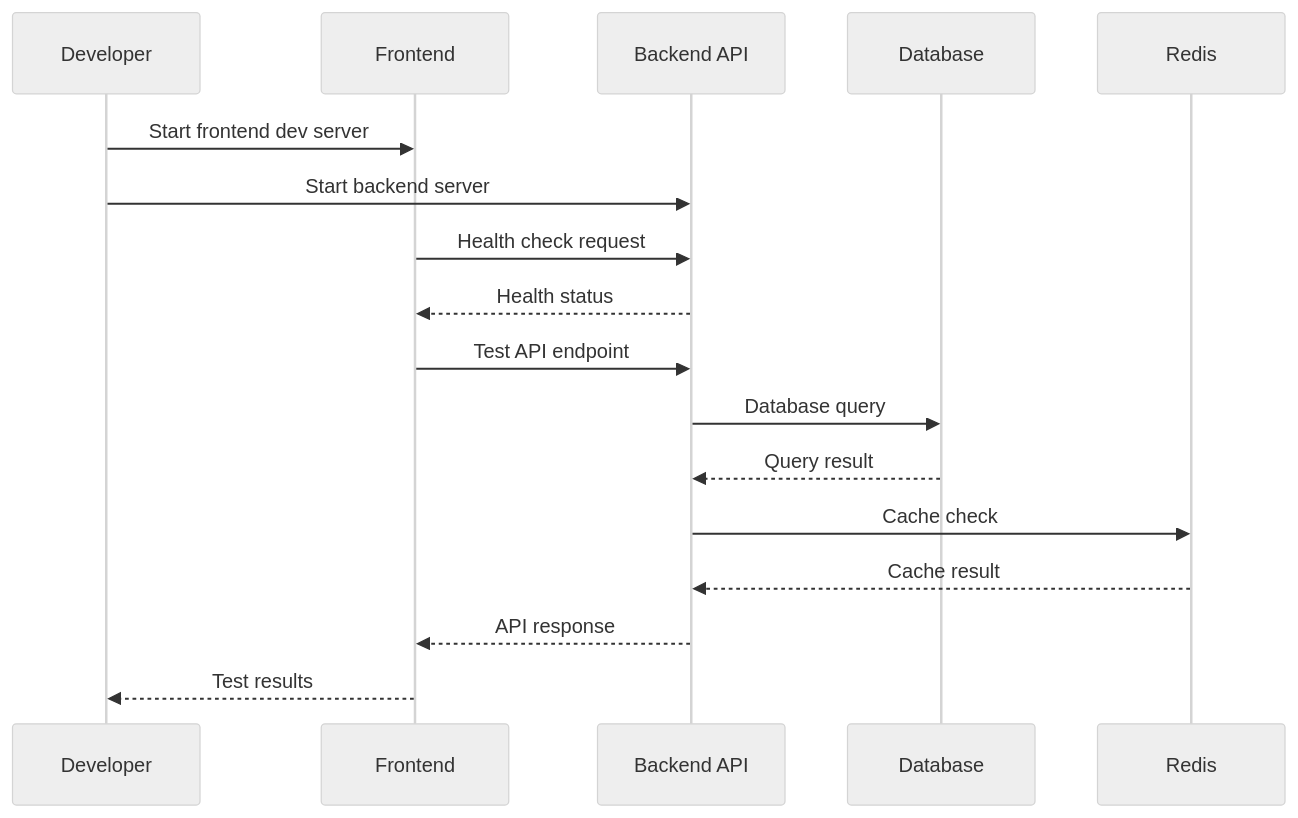
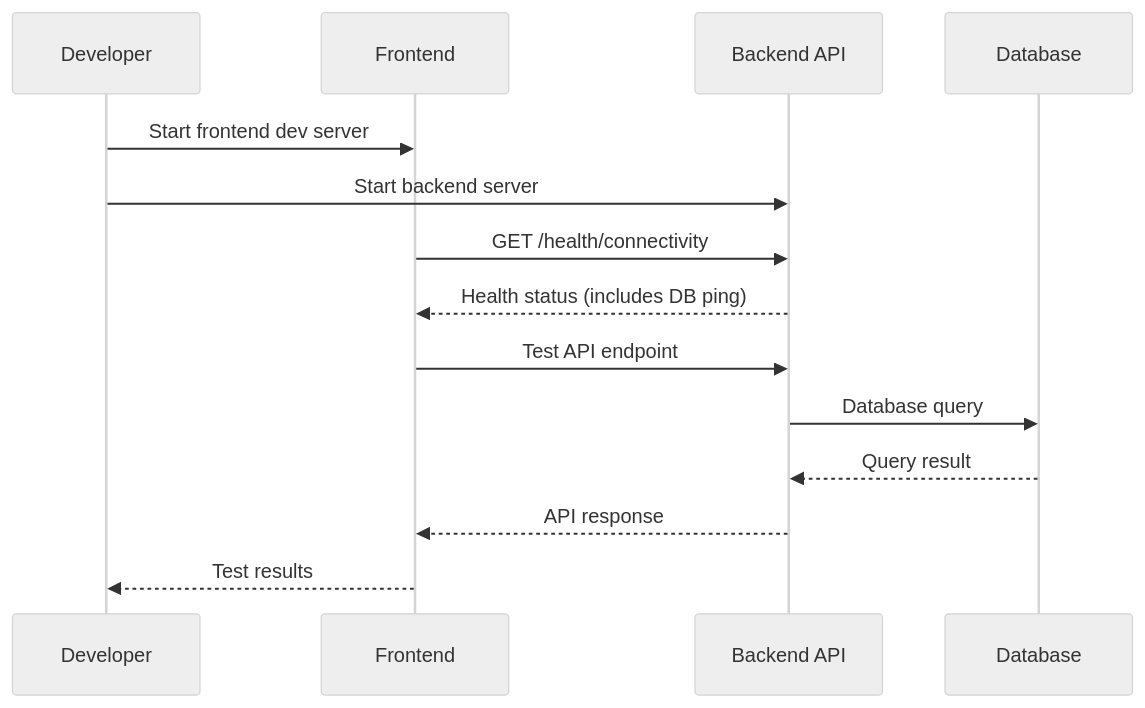
Before and after one commit to gofrolist/calorie-track-ai-bot-api: the third of 7 diagrams in docs/INTEGRATION_TESTING.md, drawn with Mermaid (neutral theme). The commit also changed other lines of this file and 49 other files, not shown here.

First line of the commit message:
docs: align documentation with current code and architecture

````diff
--- a/docs/INTEGRATION_TESTING.md
+++ b/docs/INTEGRATION_TESTING.md
@@ -145,20 +130,17 @@
 ```mermaid
 sequenceDiagram
     participant DEV as Developer
     participant FE as Frontend
     participant API as Backend API
     participant DB as Database
-    participant REDIS as Redis
 
     DEV->>FE: Start frontend dev server
     DEV->>API: Start backend server
-    FE->>API: Health check request
-    API-->>FE: Health status
+    FE->>API: GET /health/connectivity
+    API-->>FE: Health status (includes DB ping)
     FE->>API: Test API endpoint
     API->>DB: Database query
     DB-->>API: Query result
-    API->>REDIS: Cache check
-    REDIS-->>API: Cache result
     API-->>FE: API response
     FE-->>DEV: Test results
 ```
````
